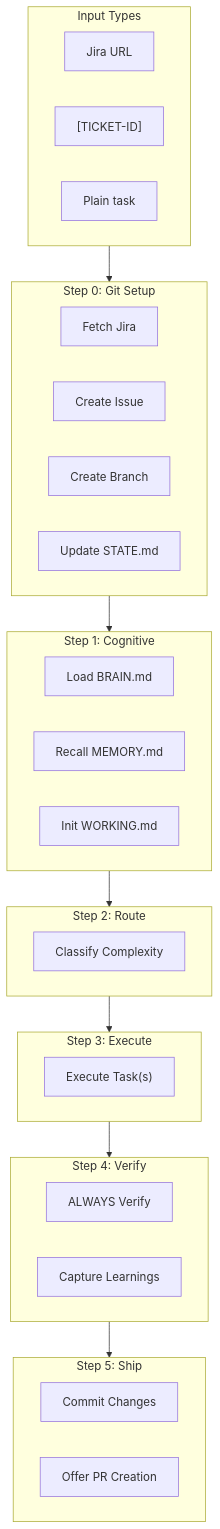
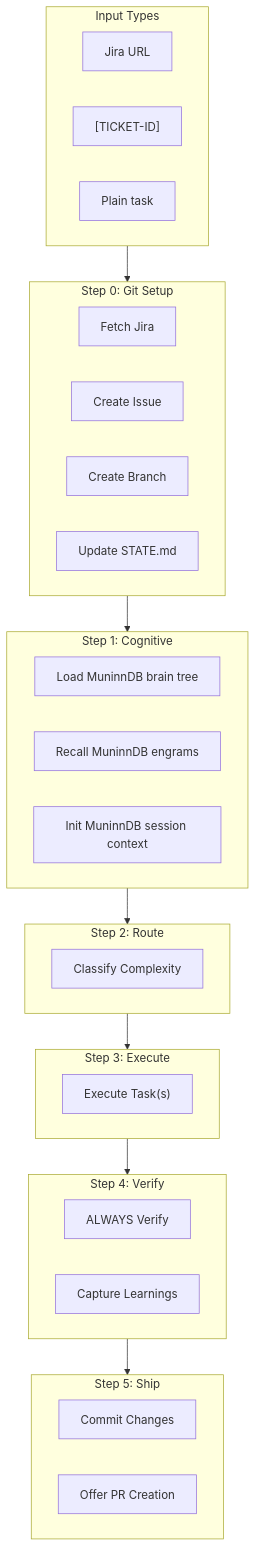
Before and after one commit to asibilia/luca-framework: diagram 13 of 14 in docs/agent-framework/luca/diagrams.md, drawn with Mermaid. The commit also changed other lines of this file and 820 other files, not shown here.

````diff
--- a/docs/agent-framework/luca/diagrams.md
+++ b/docs/agent-framework/luca/diagrams.md
@@ -541,41 +541,41 @@
 ```mermaid
 flowchart TB
     subgraph Input["Input Types"]
         JIRA_URL["Jira URL"]
         TICKET["[TICKET-ID]"]
         TASK["Plain task"]
     end
 
     subgraph Step0["Step 0: Git Setup"]
         FETCH["Fetch Jira"]
         ISSUE["Create Issue"]
         BRANCH["Create Branch"]
         STATE["Update STATE.md"]
     end
 
     subgraph Step1["Step 1: Cognitive"]
-        BRAIN["Load BRAIN.md"]
-        MEM["Recall MEMORY.md"]
-        WORK["Init WORKING.md"]
+        BRAIN["Load MuninnDB brain tree"]
+        MEM["Recall MuninnDB engrams"]
+        WORK["Init MuninnDB session context"]
     end
 
     subgraph Step2["Step 2: Route"]
         CLASSIFY["Classify Complexity"]
     end
 
     subgraph Step3["Step 3: Execute"]
         EXECUTE["Execute Task(s)"]
     end
 
     subgraph Step4["Step 4: Verify"]
         VERIFY["ALWAYS Verify"]
         LEARN["Capture Learnings"]
     end
 
     subgraph Step5["Step 5: Ship"]
         COMMIT["Commit Changes"]
         PR["Offer PR Creation"]
     end
 
     Input --> Step0 --> Step1 --> Step2 --> Step3 --> Step4 --> Step5
 ```
````
